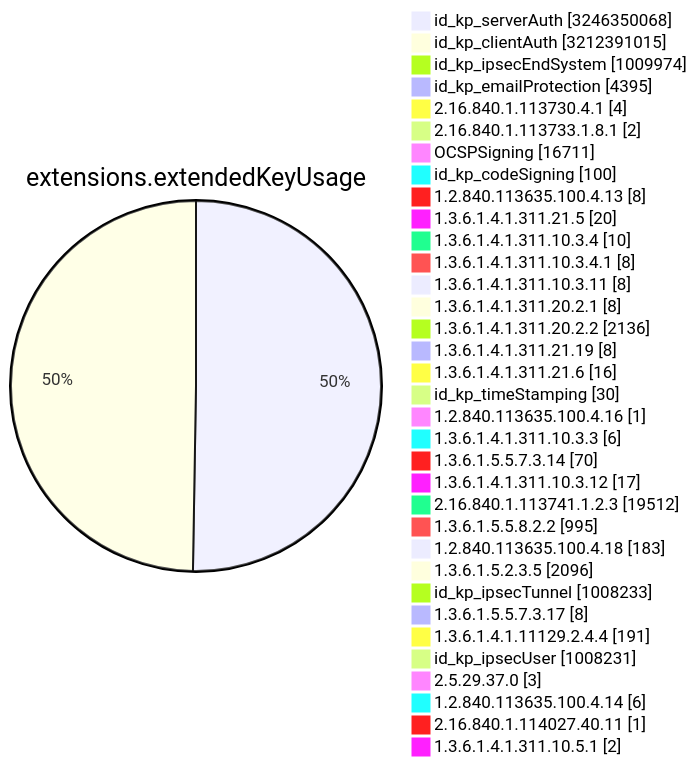
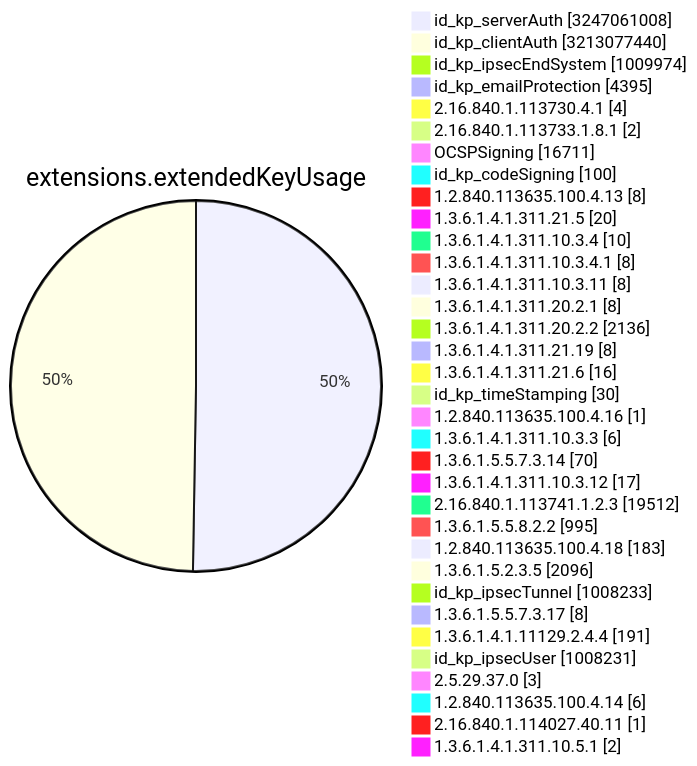
Diagram 11 of 15 in TOTAL/README.md (christiankrug/ctmonitor_visualization), drawn with Mermaid before and after one commit. The commit also changed other lines of this file, not shown here.

````diff
--- a/TOTAL/README.md
+++ b/TOTAL/README.md
@@ -4119,38 +4119,38 @@
 ```mermaid
 pie showData
 title extensions.extendedKeyUsage
-"id_kp_serverAuth" :3246350068
-"id_kp_clientAuth" :3212391015
+"id_kp_serverAuth" :3247061008
+"id_kp_clientAuth" :3213077440
 "id_kp_ipsecEndSystem" :1009974
 "id_kp_emailProtection" :4395
 "2.16.840.1.113730.4.1" :4
 "2.16.840.1.113733.1.8.1" :2
 "OCSPSigning" :16711
 "id_kp_codeSigning" :100
 "1.2.840.113635.100.4.13" :8
 "1.3.6.1.4.1.311.21.5" :20
 "1.3.6.1.4.1.311.10.3.4" :10
 "1.3.6.1.4.1.311.10.3.4.1" :8
 "1.3.6.1.4.1.311.10.3.11" :8
 "1.3.6.1.4.1.311.20.2.1" :8
 "1.3.6.1.4.1.311.20.2.2" :2136
 "1.3.6.1.4.1.311.21.19" :8
 "1.3.6.1.4.1.311.21.6" :16
 "id_kp_timeStamping" :30
 "1.2.840.113635.100.4.16" :1
 "1.3.6.1.4.1.311.10.3.3" :6
 "1.3.6.1.5.5.7.3.14" :70
 "1.3.6.1.4.1.311.10.3.12" :17
 "2.16.840.1.113741.1.2.3" :19512
 "1.3.6.1.5.5.8.2.2" :995
 "1.2.840.113635.100.4.18" :183
 "1.3.6.1.5.2.3.5" :2096
 "id_kp_ipsecTunnel" :1008233
 "1.3.6.1.5.5.7.3.17" :8
 "1.3.6.1.4.1.11129.2.4.4" :191
 "id_kp_ipsecUser" :1008231
 "2.5.29.37.0" :3
 "1.2.840.113635.100.4.14" :6
 "2.16.840.1.114027.40.11" :1
 "1.3.6.1.4.1.311.10.5.1" :2
 ```
````
